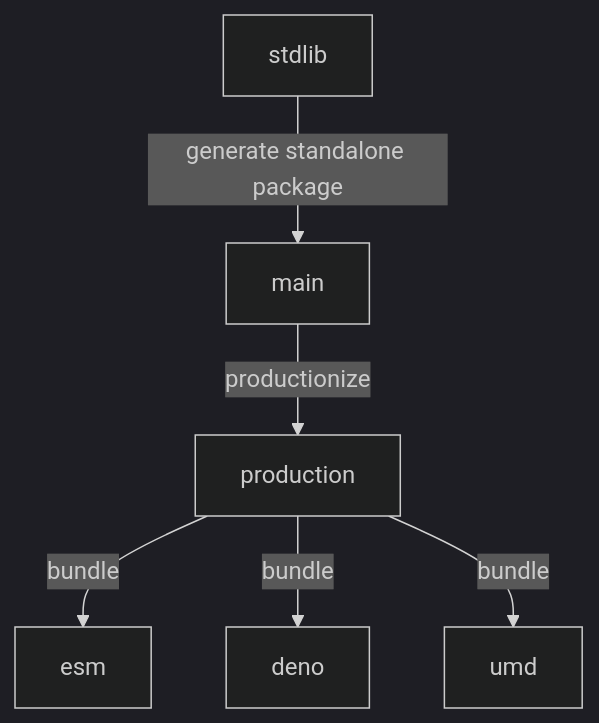
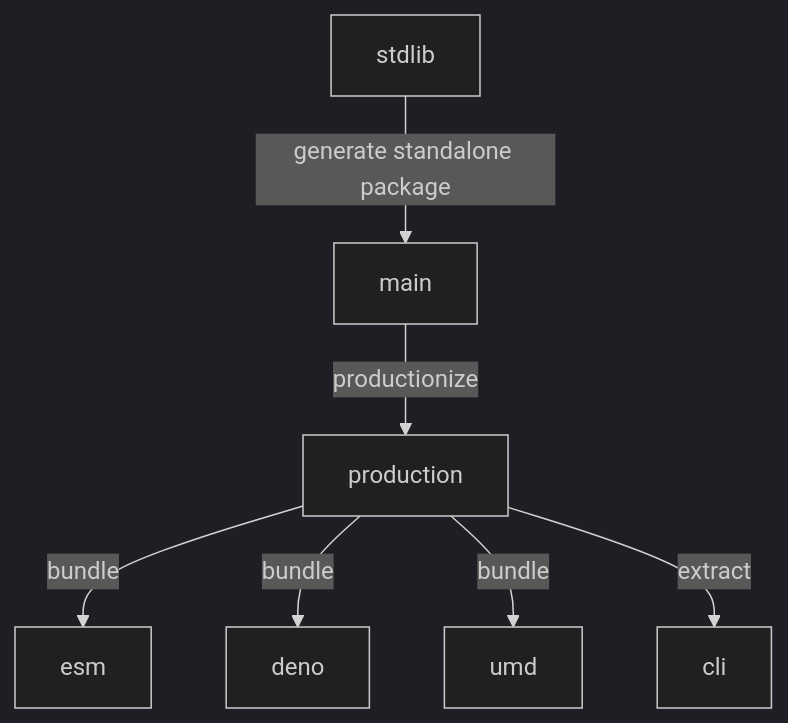
Before and after one commit to stdlib-js/datasets-cmudict: the diagram in branches.md, drawn with Mermaid (dark theme). The commit also changed other lines of this file and 8 other files, not shown here.

````diff
--- a/branches.md
+++ b/branches.md
@@ -33,15 +34,17 @@
 ```mermaid
 graph TD;
 A[stdlib]-->|generate standalone package|B;
 B[main] -->|productionize| C[production];
 C -->|bundle| D[esm];
 C -->|bundle| E[deno];
 C -->|bundle| F[umd];
+C -->|extract| G[cli];
 
-click A href "https://github.com/stdlib-js/stdlib/tree/develop/lib/node_modules/%40stdlib/datasets/cmudict"
-click B href "https://github.com/stdlib-js/datasets-cmudict/tree/main"
-click C href "https://github.com/stdlib-js/datasets-cmudict/tree/production"
-click D href "https://github.com/stdlib-js/datasets-cmudict/tree/esm"
-click E href "https://github.com/stdlib-js/datasets-cmudict/tree/deno"
-click F href "https://github.com/stdlib-js/datasets-cmudict/tree/umd"
+%% click A href "https://github.com/stdlib-js/stdlib/tree/develop/lib/node_modules/%40stdlib/datasets/cmudict"
+%% click B href "https://github.com/stdlib-js/datasets-cmudict/tree/main"
+%% click C href "https://github.com/stdlib-js/datasets-cmudict/tree/production"
+%% click D href "https://github.com/stdlib-js/datasets-cmudict/tree/esm"
+%% click E href "https://github.com/stdlib-js/datasets-cmudict/tree/deno"
+%% click F href "https://github.com/stdlib-js/datasets-cmudict/tree/umd"
+%% click G href "https://github.com/stdlib-js/datasets-cmudict/tree/cli"
 ```
````
